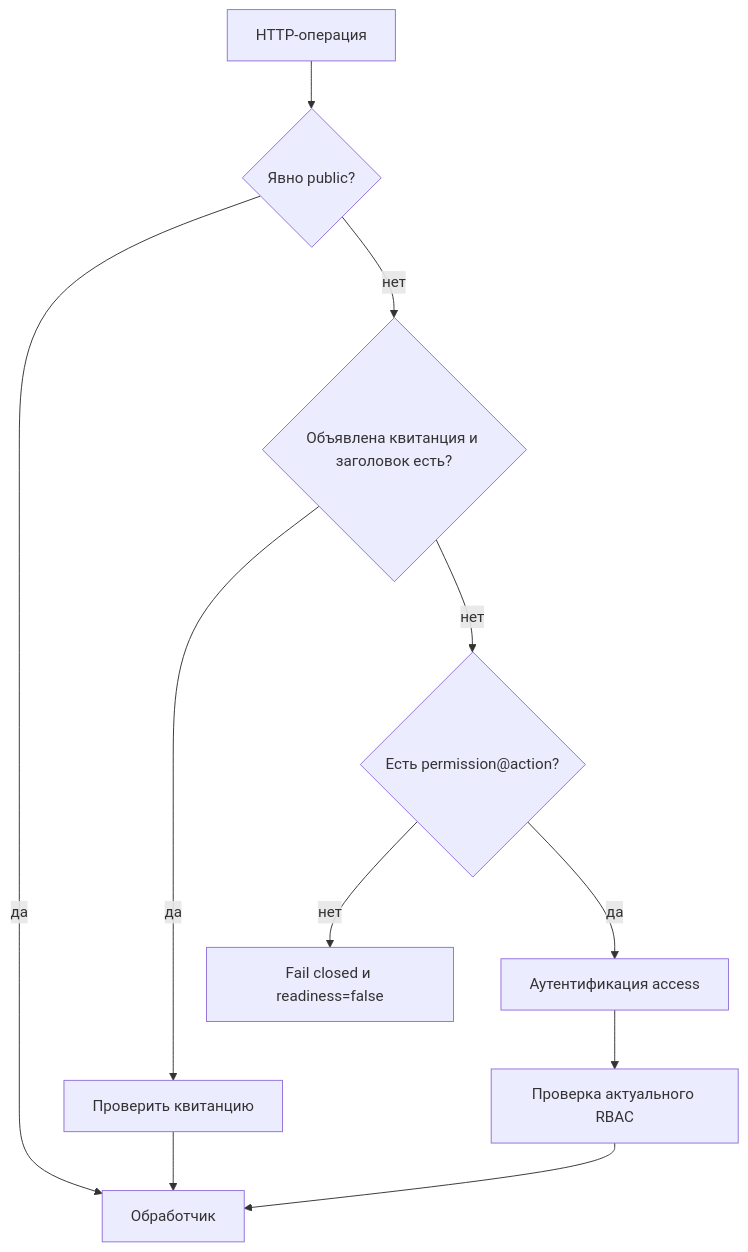
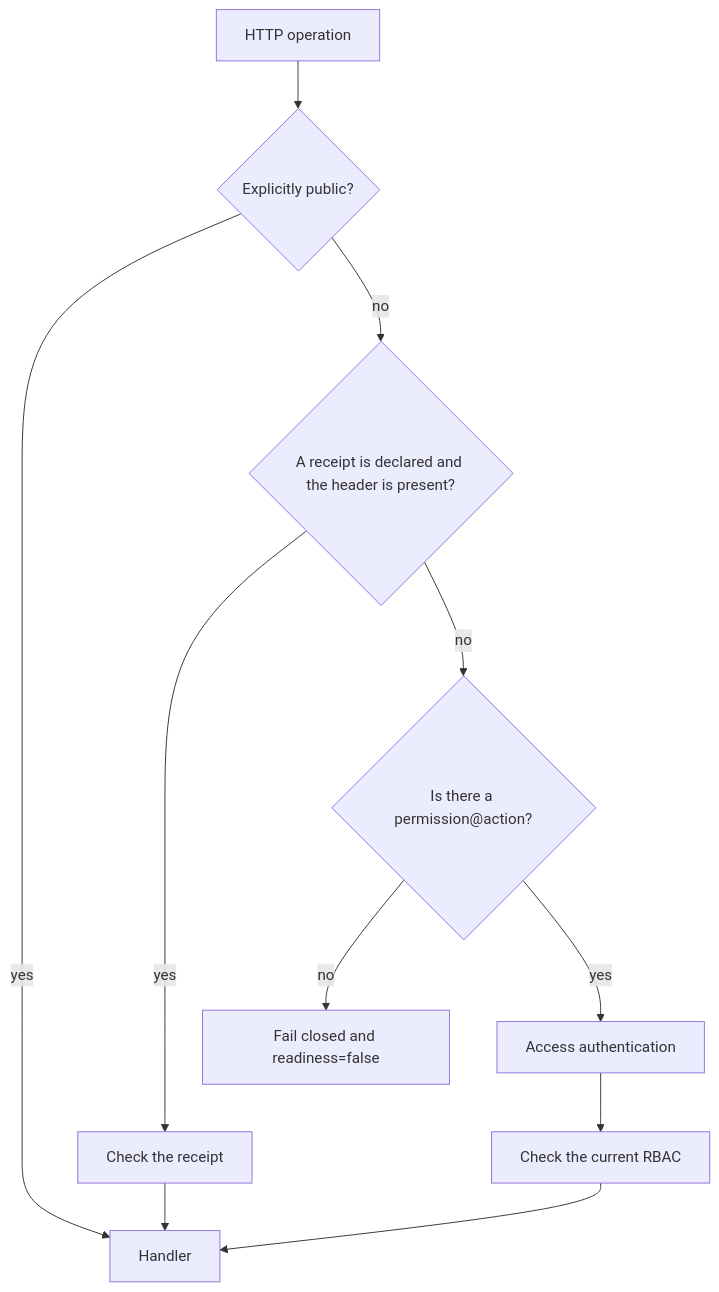
The third of 3 diagrams in courses-content/backend/A/1/en/2.1.2 Авторизация.md (pavel-skripko-innowise/inno-fe-be-a1), drawn with Mermaid before and after one commit. The commit also changed other lines of this file and 35 other files, not shown here.

````diff
--- a/courses-content/backend/A/1/en/2.1.2 Авторизация.md
+++ b/courses-content/backend/A/1/en/2.1.2 Авторизация.md
@@ -89,13 +89,13 @@
 ```mermaid
 flowchart TD
-  O[HTTP-операция] --> P{Явно public?}
-  P -- да --> H[Обработчик]
-  P -- нет --> K{Объявлена квитанция и заголовок есть?}
-  K -- да --> C[Проверить квитанцию]
+  O[HTTP operation] --> P{Explicitly public?}
+  P -- yes --> H[Handler]
+  P -- no --> K{"A receipt is declared and the header is present?"}
+  K -- yes --> C[Check the receipt]
   C --> H
-  K -- нет --> Q{Есть permission@action?}
-  Q -- нет --> F[Fail closed и readiness=false]
-  Q -- да --> A[Аутентификация access]
-  A --> R[Проверка актуального RBAC]
+  K -- no --> Q{Is there a permission@action?}
+  Q -- no --> F["Fail closed and readiness=false"]
+  Q -- yes --> A[Access authentication]
+  A --> R[Check the current RBAC]
   R --> H
 ```
````
